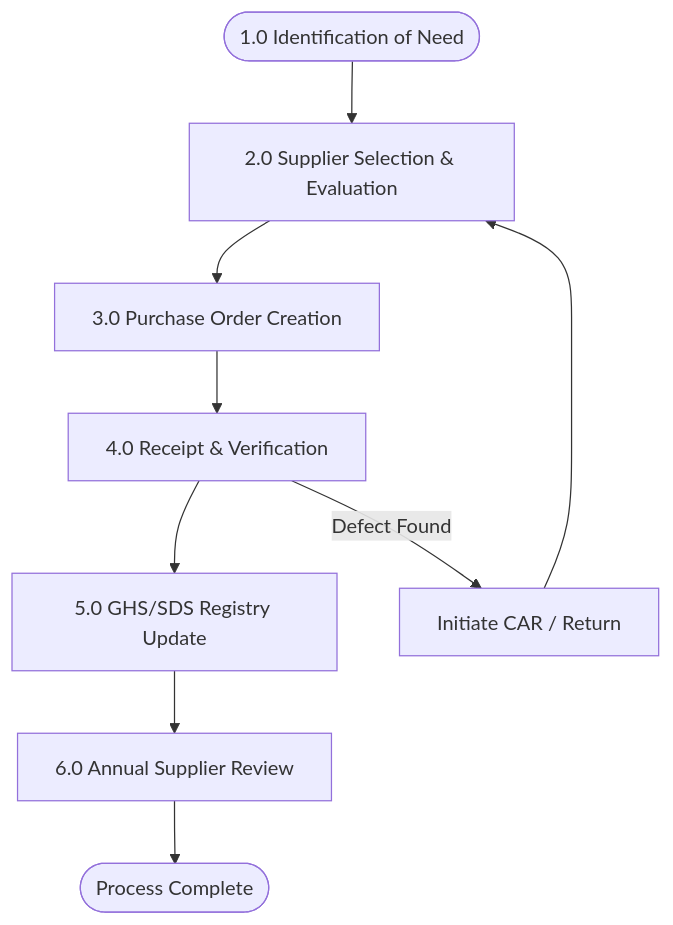
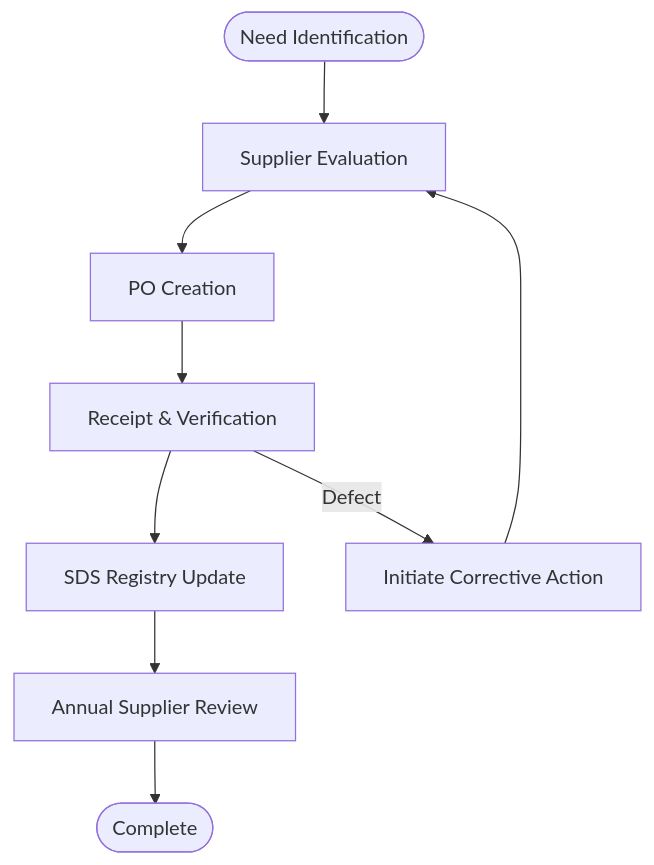
One commit to Humbertoed11/hwb-institutional-website changed the diagram in HWB-COMPANY/HWB-PURCHASING/HWB-QMS-8.4 Purchasing Process SOP with Flowchart.md. Above: the diagram before and after it, drawn with Mermaid. The commit also changed other lines of this file and 236 other files, not shown here.

````diff
--- a/HWB-COMPANY/HWB-PURCHASING/HWB-QMS-8.4 Purchasing Process SOP with Flowchart.md
+++ b/HWB-COMPANY/HWB-PURCHASING/HWB-QMS-8.4 Purchasing Process SOP with Flowchart.md
@@ -22,13 +24,11 @@
 ```mermaid
 graph TD
-    Start([1.0 Identification of Need]) --> Select[2.0 Supplier Selection & Evaluation]
-    Select --> PO[3.0 Purchase Order Creation]
-    PO --> Verify[4.0 Receipt & Verification]
-    Verify --> SDS[5.0 GHS/SDS Registry Update]
-    SDS --> Audit[6.0 Annual Supplier Review]
-    Audit --> End([Process Complete])
-
-    %% Sub-steps
-    Verify -- Defect Found --> CAR[Initiate CAR / Return]
+    Start([Need Identification]) --> Select[Supplier Evaluation]
+    Select --> PO[PO Creation]
+    PO --> Verify[Receipt & Verification]
+    Verify --> SDS[SDS Registry Update]
+    SDS --> Audit[Annual Supplier Review]
+    Audit --> End([Complete])
+    Verify -- Defect --> CAR[Initiate Corrective Action]
     CAR --> Select
 ```
````
